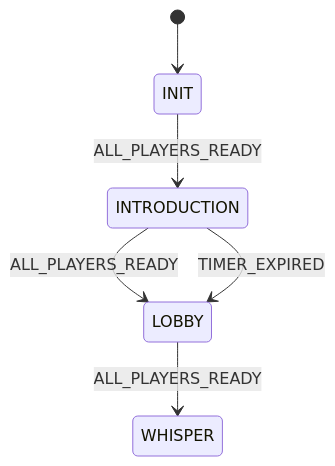
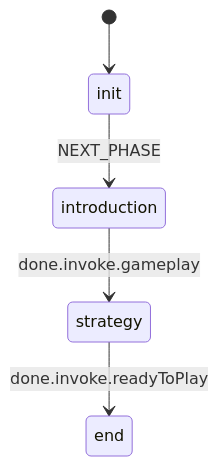
Before and after one commit to 0xFlicker/unknown-eliza: the second of 2 diagrams in docs/influence-xstate-architecture.md, drawn with Mermaid. The commit also changed other lines of this file and 4 other files, not shown here.

````diff
--- a/docs/influence-xstate-architecture.md
+++ b/docs/influence-xstate-architecture.md
@@ -88,8 +91,7 @@
 ```mermaid
 stateDiagram-v2
-    [*] --> INIT
-    INIT --> INTRODUCTION : ALL_PLAYERS_READY
-    INTRODUCTION --> LOBBY : ALL_PLAYERS_READY
-    INTRODUCTION --> LOBBY : TIMER_EXPIRED
-    LOBBY --> WHISPER : ALL_PLAYERS_READY
+    [*] --> init
+    init --> introduction : NEXT_PHASE
+    introduction --> strategy : done.invoke.gameplay
+    strategy --> end : done.invoke.readyToPlay
 ```
````
